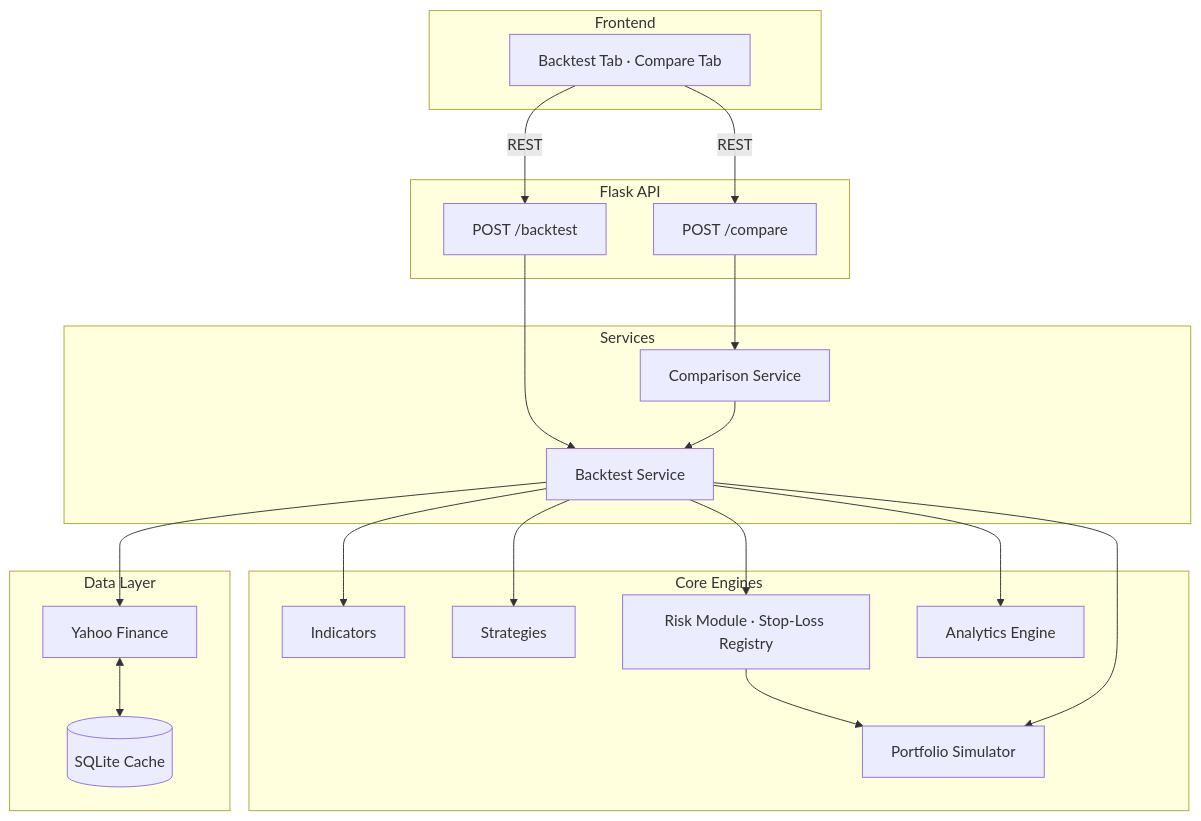
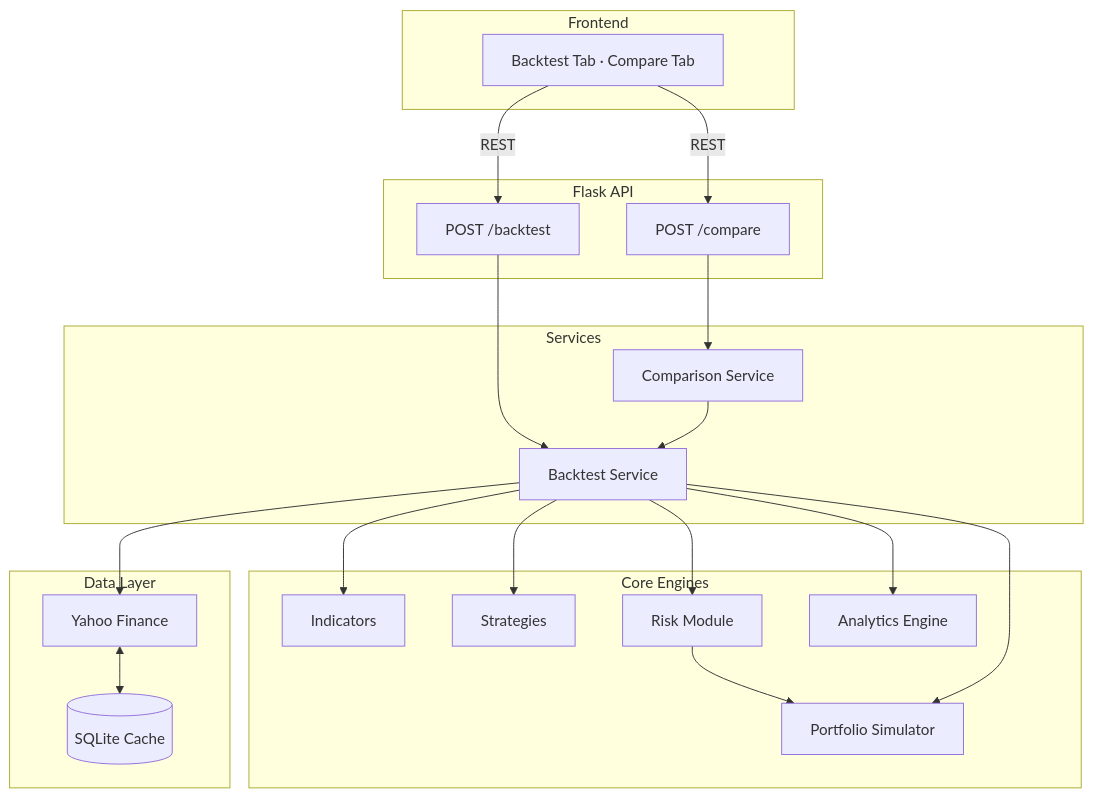
The diagram in README.md (divyansh-agg29/TradeStrat), drawn with Mermaid before and after one commit.

````diff
--- a/README.md
+++ b/README.md
@@ -21,43 +21,43 @@
 ```mermaid
 graph TD
     subgraph Frontend
         UI[Backtest Tab · Compare Tab]
     end
 
     subgraph API[Flask API]
         B[POST /backtest]
         C[POST /compare]
     end
 
     subgraph Services
         BS[Backtest Service]
         CS[Comparison Service]
     end
 
     subgraph Engines[Core Engines]
         IND[Indicators]
         STR[Strategies]
-        RISK[Risk Module · Stop-Loss Registry]
+        RISK[Risk Module]
         SIM[Portfolio Simulator]
         ANA[Analytics Engine]
     end
 
     subgraph Data[Data Layer]
         DL[Yahoo Finance]
         DB[(SQLite Cache)]
     end
 
     UI -->|REST| B
     UI -->|REST| C
     B --> BS
     C --> CS
     CS --> BS
     BS --> IND
     BS --> STR
     BS --> RISK
     RISK --> SIM
     BS --> SIM
     BS --> ANA
     BS --> DL
     DL <--> DB
 ```
````
